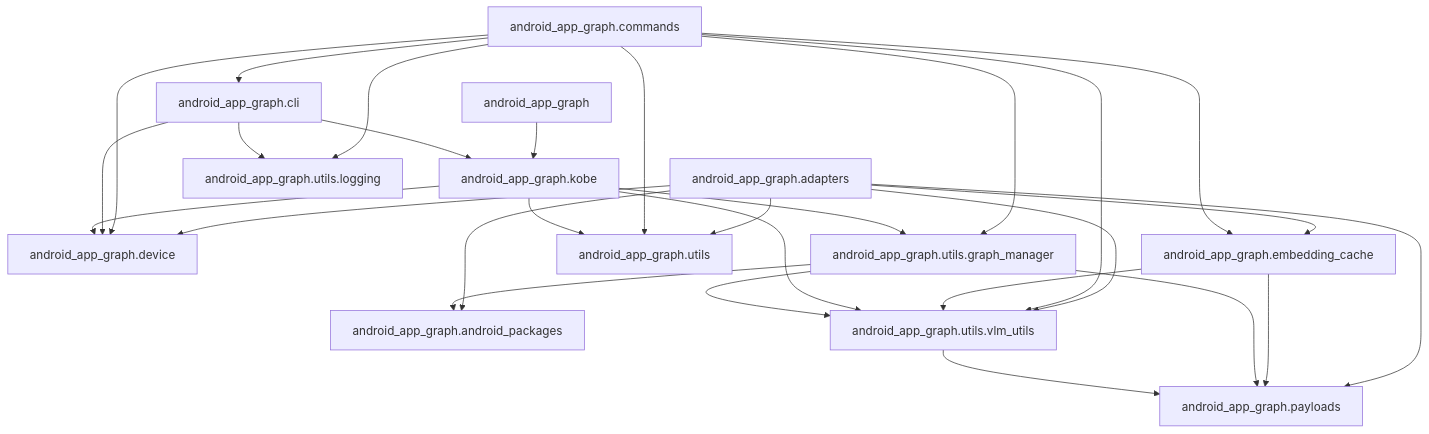
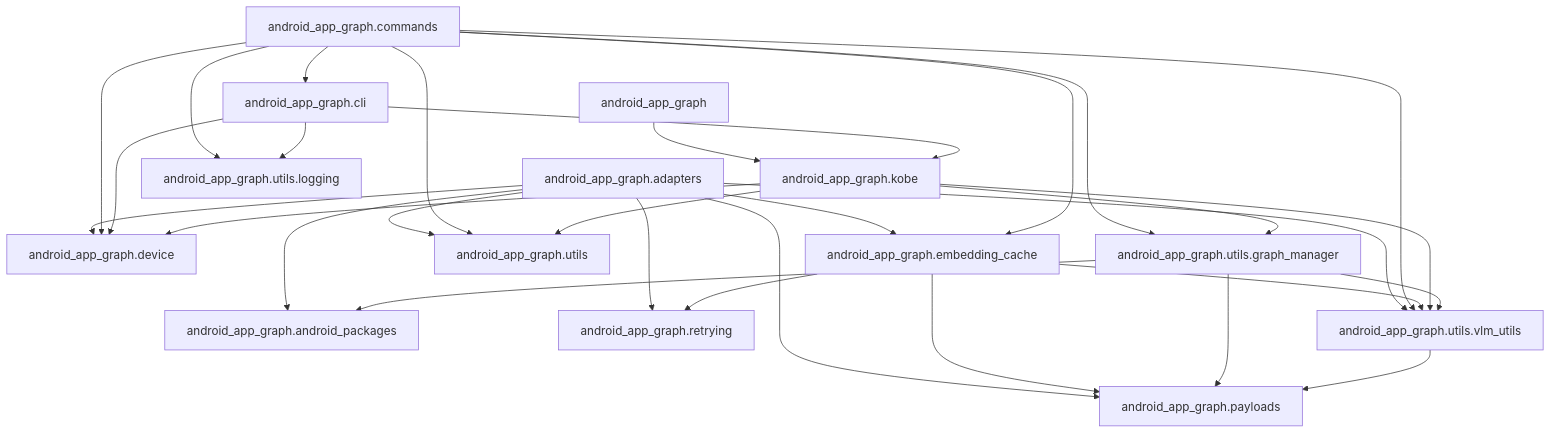
One commit to john-agi/Android-App-Graph changed the diagram in README.md. Above: the diagram before and after it, drawn with Mermaid. The commit also changed 6 other files, not shown here.

First line of the commit message:
refactor: unify the retry-with-backoff policy into retrying.py

````diff
--- a/README.md
+++ b/README.md
@@ -67,30 +67,32 @@
 ```mermaid
 graph TD;
     pkg["android_app_graph"] --> kobe["android_app_graph.kobe"];
     adapters["android_app_graph.adapters"] --> pkgs["android_app_graph.android_packages"];
     adapters --> dev["android_app_graph.device"];
     adapters --> ec["android_app_graph.embedding_cache"];
     adapters --> pay["android_app_graph.payloads"];
+    adapters --> retry["android_app_graph.retrying"];
     adapters --> utils["android_app_graph.utils"];
     adapters --> vlm["android_app_graph.utils.vlm_utils"];
     cmd["android_app_graph.commands"] --> cli["android_app_graph.cli"];
     cmd --> dev;
     cmd --> ec;
     cmd --> utils;
     cmd --> gm["android_app_graph.utils.graph_manager"];
     cmd --> logging["android_app_graph.utils.logging"];
     cmd --> vlm;
     cli --> dev;
     cli --> kobe;
     cli --> logging;
     ec --> pay;
+    ec --> retry;
     ec --> vlm;
     kobe --> dev;
     kobe --> utils;
     kobe --> gm;
     kobe --> vlm;
     gm --> pkgs;
     gm --> pay;
     gm --> vlm;
     vlm --> pay;
 ```
````
